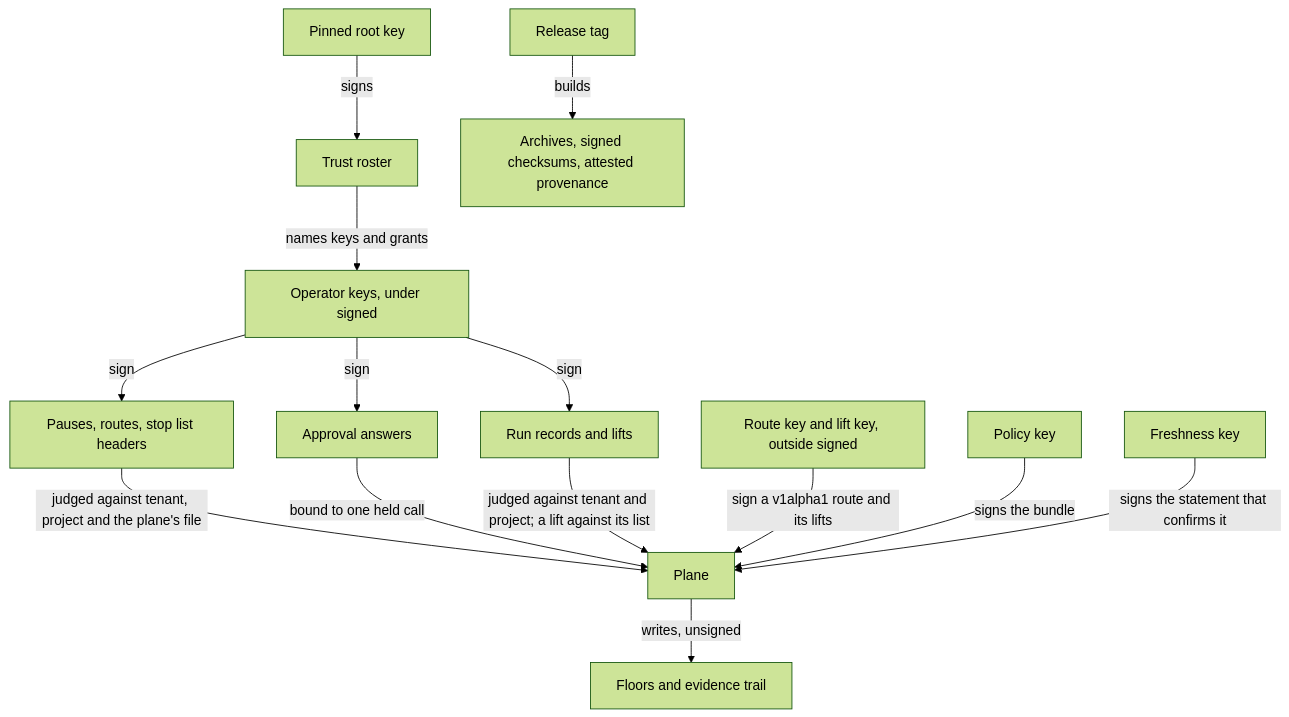
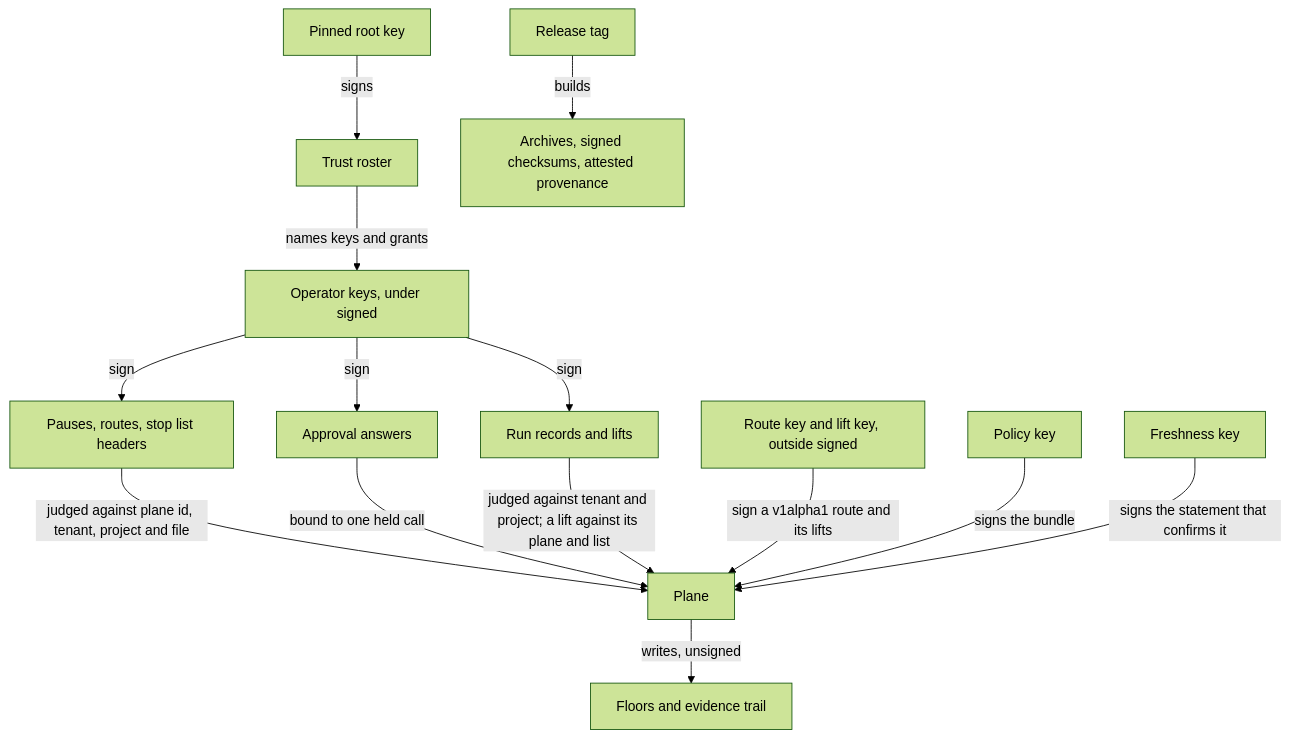
One commit to RBKunnela/control changed the diagram in docs/concepts/signed-operations.md. Above: the diagram before and after it, drawn with Mermaid (forest theme). The commit also changed other lines of this file and 232 other files, not shown here.

First line of the commit message:
feat: the signed route, stop list and lift name their plane (#117)

````diff
--- a/docs/concepts/signed-operations.md
+++ b/docs/concepts/signed-operations.md
@@ -20,18 +20,18 @@
 ```mermaid
 flowchart TD
     accTitle: Who signs what a plane takes
-    accDescr: A pinned root key signs the trust roster, which names the operator keys and their grants. Under the signed authority, operators sign pauses, routes and stop list headers, which the plane judges against its tenant, project and file; approval answers, each bound to one held call; and run records and lifts, judged against the tenant and project, a lift also against the list it was made for. Outside the signed authority a route key signs a v1alpha1 route and the route's lift key its lifts. The policy key signs the bundle and a separate freshness key the statement that keeps it current. The floors and the evidence trail are written by the plane and signed by no one. A release tag builds archives whose checksums are signed and whose provenance is attested.
+    accDescr: A pinned root key signs the trust roster, which names the operator keys and their grants. Under the signed authority, operators sign pauses, routes and stop list headers, which the plane judges against its plane id, tenant, project and file; approval answers, each bound to one held call; and run records and lifts, judged against the tenant and project, a lift also against the plane id and the list it was made for. Outside the signed authority a route key signs a v1alpha1 route and the route's lift key its lifts. The policy key signs the bundle and a separate freshness key the statement that keeps it current. The floors and the evidence trail are written by the plane and signed by no one. A release tag builds archives whose checksums are signed and whose provenance is attested.
     Root["Pinned root key"] -->|"signs"| Roster["Trust roster"]
     Roster -->|"names keys and grants"| Ops["Operator keys, under signed"]
     Ops -->|"sign"| Bound["Pauses, routes, stop list headers"]
     Ops -->|"sign"| Answers["Approval answers"]
     Ops -->|"sign"| RunsLifts["Run records and lifts"]
-    Bound -->|"judged against tenant, project and the plane's file"| Plane["Plane"]
+    Bound -->|"judged against plane id, tenant, project and file"| Plane["Plane"]
     Answers -->|"bound to one held call"| Plane
-    RunsLifts -->|"judged against tenant and project; a lift against its list"| Plane
+    RunsLifts -->|"judged against tenant and project; a lift against its plane and list"| Plane
     RK["Route key and lift key, outside signed"] -->|"sign a v1alpha1 route and its lifts"| Plane
     PK["Policy key"] -->|"signs the bundle"| Plane
     FK["Freshness key"] -->|"signs the statement that confirms it"| Plane
     Plane -->|"writes, unsigned"| Floors["Floors and evidence trail"]
     Tag["Release tag"] -->|"builds"| Rel["Archives, signed checksums, attested provenance"]
 ```
````
